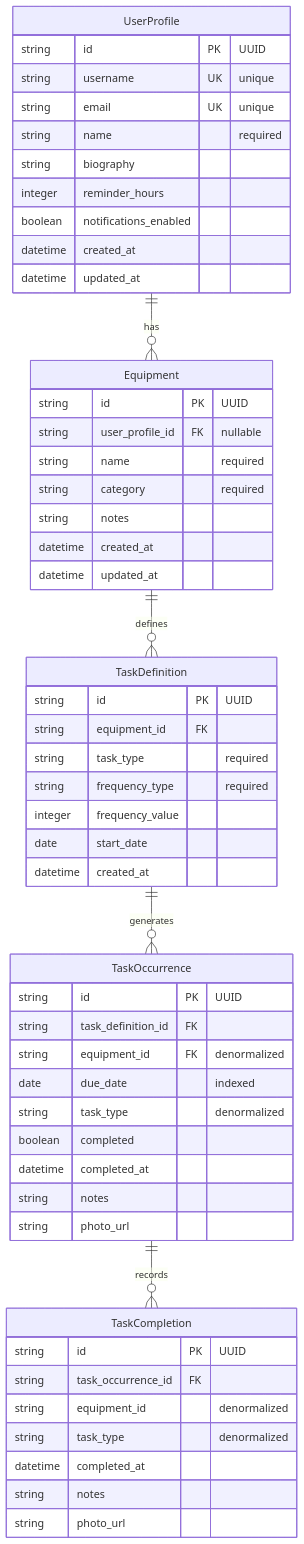
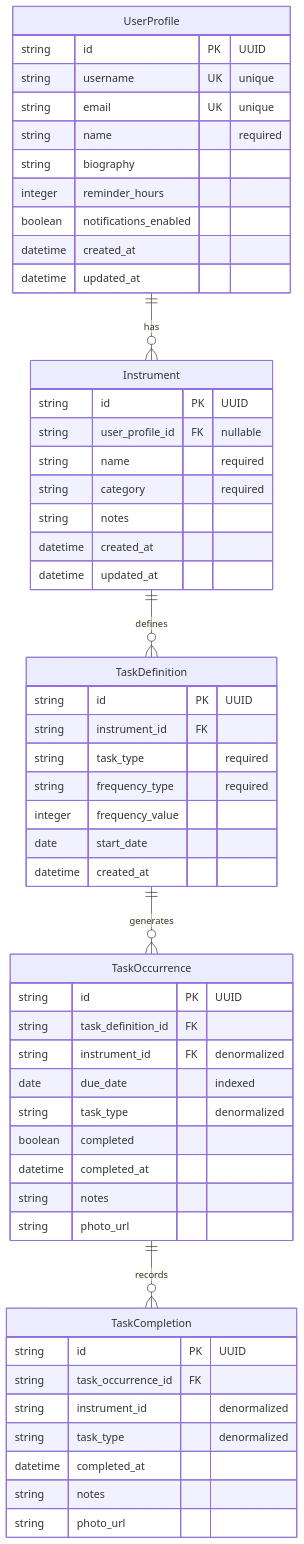
The first of 3 diagrams in DATABASE_EXPLANATION.md (beveridges/practice-app), drawn with Mermaid before and after one commit. The commit also changed other lines of this file and 40 other files, not shown here.

````diff
--- a/DATABASE_EXPLANATION.md
+++ b/DATABASE_EXPLANATION.md
@@ -31,61 +31,61 @@
 ```mermaid
 erDiagram
-    UserProfile ||--o{ Equipment : "has"
-    Equipment ||--o{ TaskDefinition : "defines"
+    UserProfile ||--o{ Instrument : "has"
+    Instrument ||--o{ TaskDefinition : "defines"
     TaskDefinition ||--o{ TaskOccurrence : "generates"
     TaskOccurrence ||--o{ TaskCompletion : "records"
     
     UserProfile {
         string id PK "UUID"
         string username UK "unique"
         string email UK "unique"
         string name "required"
         string biography
         integer reminder_hours
         boolean notifications_enabled
         datetime created_at
         datetime updated_at
     }
     
-    Equipment {
+    Instrument {
         string id PK "UUID"
         string user_profile_id FK "nullable"
         string name "required"
         string category "required"
         string notes
         datetime created_at
         datetime updated_at
     }
     
     TaskDefinition {
         string id PK "UUID"
-        string equipment_id FK
+        string instrument_id FK
         string task_type "required"
         string frequency_type "required"
         integer frequency_value
         date start_date
         datetime created_at
     }
     
     TaskOccurrence {
         string id PK "UUID"
         string task_definition_id FK
-        string equipment_id FK "denormalized"
+        string instrument_id FK "denormalized"
         date due_date "indexed"
         string task_type "denormalized"
         boolean completed
         datetime completed_at
         string notes
         string photo_url
     }
     
     TaskCompletion {
         string id PK "UUID"
         string task_occurrence_id FK
-        string equipment_id "denormalized"
+        string instrument_id "denormalized"
         string task_type "denormalized"
         datetime completed_at
         string notes
         string photo_url
     }
 ```
````
